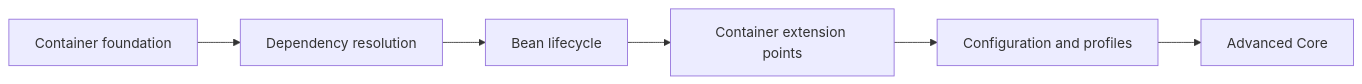
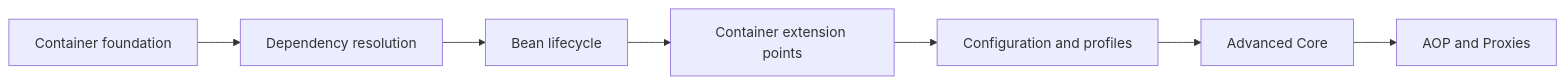
The second of 3 diagrams in 00_HOME/Java Backend Knowledge System.md (alimbetov/obsidian), drawn with Mermaid before and after one commit. The commit also changed other lines of this file, not shown here.

````diff
--- a/00_HOME/Java Backend Knowledge System.md
+++ b/00_HOME/Java Backend Knowledge System.md
@@ -129,8 +120,9 @@
 ```mermaid
 flowchart LR
     B1[Container foundation] --> B2[Dependency resolution]
     B2 --> B3[Bean lifecycle]
     B3 --> B4[Container extension points]
     B4 --> B5[Configuration and profiles]
     B5 --> B6[Advanced Core]
+    B6 --> AOP[AOP and Proxies]
 ```
````
